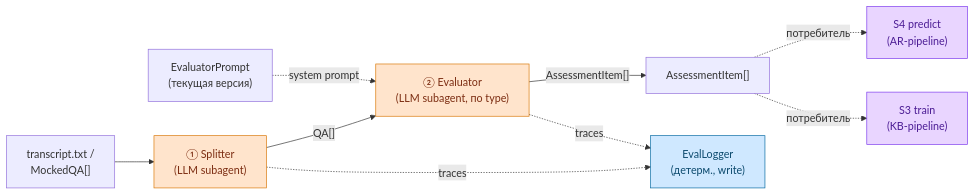
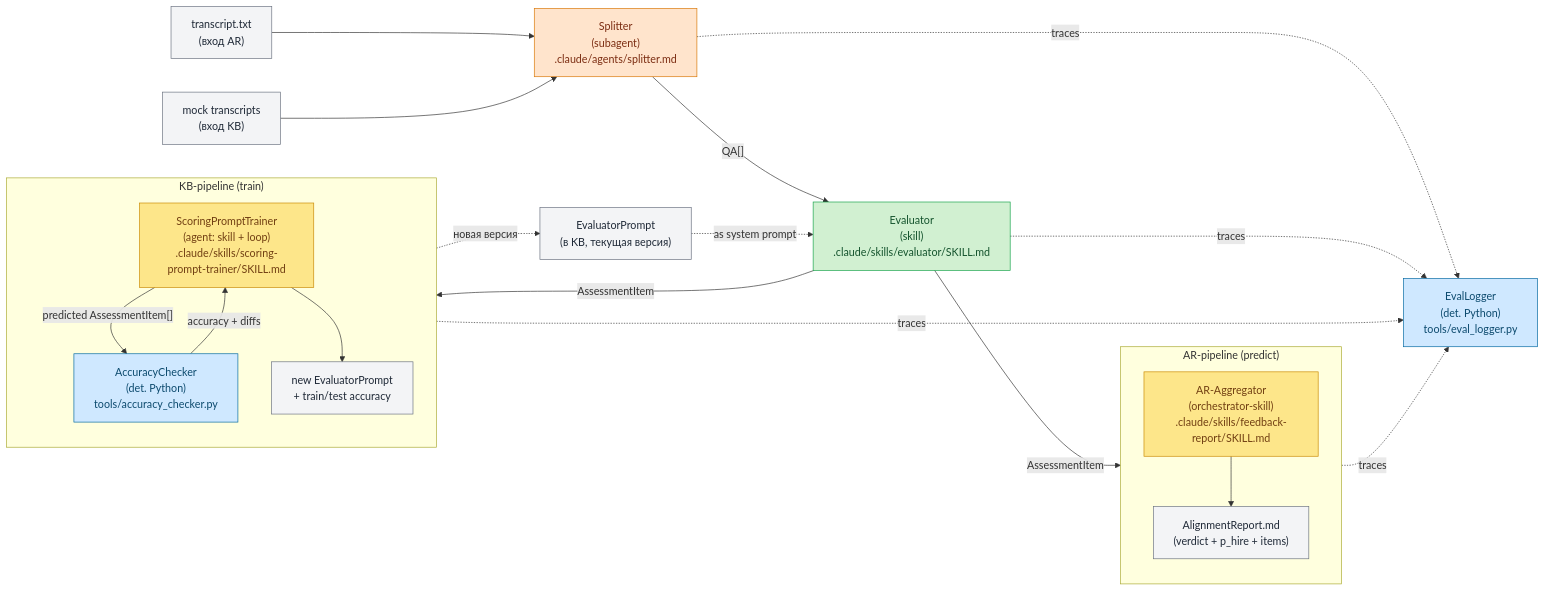
The diagram in md/arch_pipeline.md (margomrkv/interview-debrief-assistant), drawn with Mermaid before and after one commit. The commit also changed other lines of this file and 1 other file, not shown here.

Commit message:
simplified arch_pipeline

````diff
--- a/md/arch_pipeline.md
+++ b/md/arch_pipeline.md
@@ -33,18 +60,57 @@
 ```mermaid
 flowchart LR
-    TR["transcript.txt /<br/>MockedQA[]"] --> ST1["① Splitter<br/>(LLM subagent)"]
-    ST1 -- "QA[]" --> ST2["② Evaluator<br/>(LLM subagent, по type)"]
-    PROMPT["EvaluatorPrompt<br/>(текущая версия)"] -. "system prompt" .-> ST2
-    ST2 -- "AssessmentItem[]" --> OUT["AssessmentItem[]"]
-    OUT -. "потребитель" .-> S4["S4 predict<br/>(AR-pipeline)"]
-    OUT -. "потребитель" .-> S3["S3 train<br/>(KB-pipeline)"]
-    LOG["EvalLogger<br/>(детерм., write)"]
-    ST1 & ST2 -. "traces" .-> LOG
+    %% Входы
+    TR_AR["transcript.txt<br/>(вход AR)"]
+    TR_KB["mock transcripts<br/>(вход KB)"]
+
+    %% Общие сервисы
+    SPLIT["Splitter<br/>(subagent)<br/>.claude/agents/splitter.md"]
+    EVAL["Evaluator<br/>(skill)<br/>.claude/skills/evaluator/SKILL.md"]
+
+    %% Артефакт-контракт KB ↔ оба pipeline'а
+    EP["EvaluatorPrompt<br/>(в KB, текущая версия)"]
+
+    %% AR (predict) оркестратор
+    subgraph AR["AR-pipeline (predict)"]
+        direction TB
+        AGG["AR-Aggregator<br/>(orchestrator-skill)<br/>.claude/skills/feedback-report/SKILL.md"]
+        REP["AlignmentReport.md<br/>(verdict + p_hire + items)"]
+        AGG --> REP
+    end
+
+    %% KB (train) оркестратор
+    subgraph KB["KB-pipeline (train)"]
+        direction TB
+        TRAIN["ScoringPromptTrainer<br/>(agent: skill + loop)<br/>.claude/skills/scoring-prompt-trainer/SKILL.md"]
+        ACC["AccuracyChecker<br/>(det. Python)<br/>tools/accuracy_checker.py"]
+        OUT_P["new EvaluatorPrompt<br/>+ train/test accuracy"]
+        TRAIN -- "predicted AssessmentItem[]" --> ACC
+        ACC -- "accuracy + diffs" --> TRAIN
+        TRAIN --> OUT_P
+    end
+
+    %% Cross-cutting: EvalLogger
+    LOG["EvalLogger<br/>(det. Python)<br/>tools/eval_logger.py"]
+
+    %% Связи
+    TR_AR --> SPLIT
+    TR_KB --> SPLIT
+    SPLIT -- "QA[]" --> EVAL
+    EP -. "as system prompt" .-> EVAL
+    EVAL -- "AssessmentItem" --> AGG
+    EVAL -- "AssessmentItem" --> TRAIN
+    OUT_P -. "новая версия" .-> EP
+    SPLIT & EVAL & AGG & TRAIN -. "traces" .-> LOG
 
     classDef agent fill:#ffe4cc,stroke:#d97706,color:#7c2d12
+    classDef skill fill:#d1f0d1,stroke:#16a34a,color:#14532d
+    classDef orchestrator fill:#fde68a,stroke:#ca8a04,color:#713f12
     classDef deterministic fill:#cfe8ff,stroke:#0369a1,color:#0c4a6e
-    classDef consumer fill:#e9d5ff,stroke:#7c3aed,color:#4c1d95
-    class ST1,ST2 agent
-    class LOG deterministic
-    class S3,S4 consumer
+    classDef data fill:#f3f4f6,stroke:#6b7280,color:#1f2937
+
+    class SPLIT agent
+    class EVAL skill
+    class AGG,TRAIN orchestrator
+    class ACC,LOG deterministic
+    class EP,REP,OUT_P,TR_AR,TR_KB data
 ```
````
